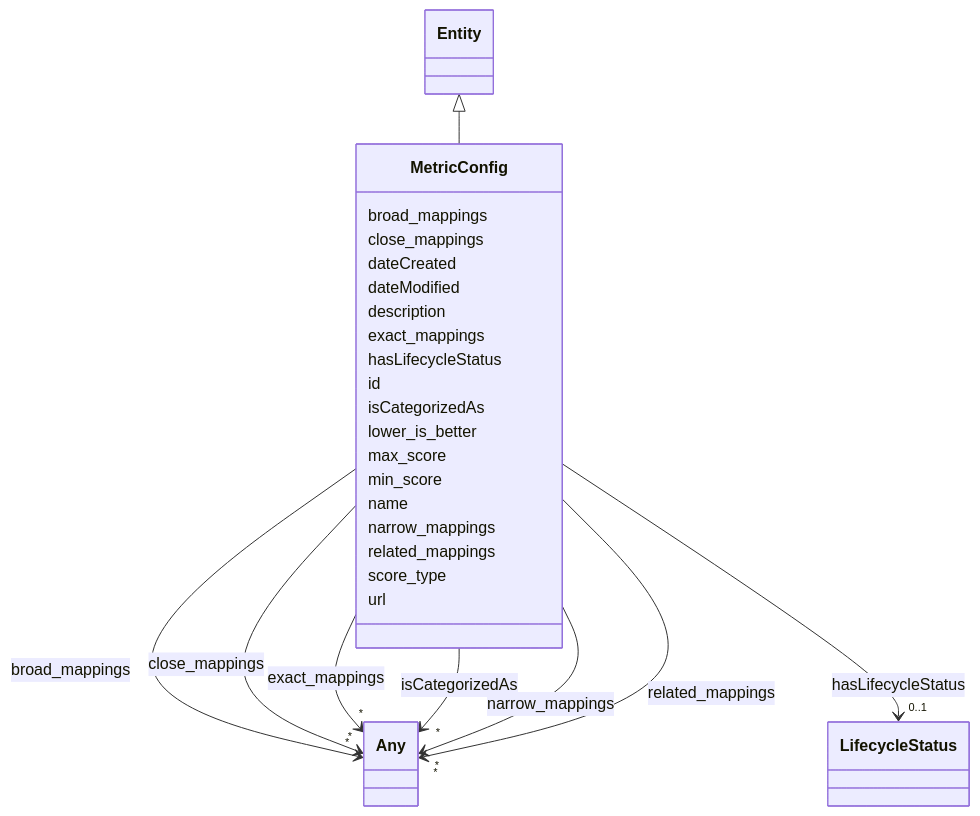
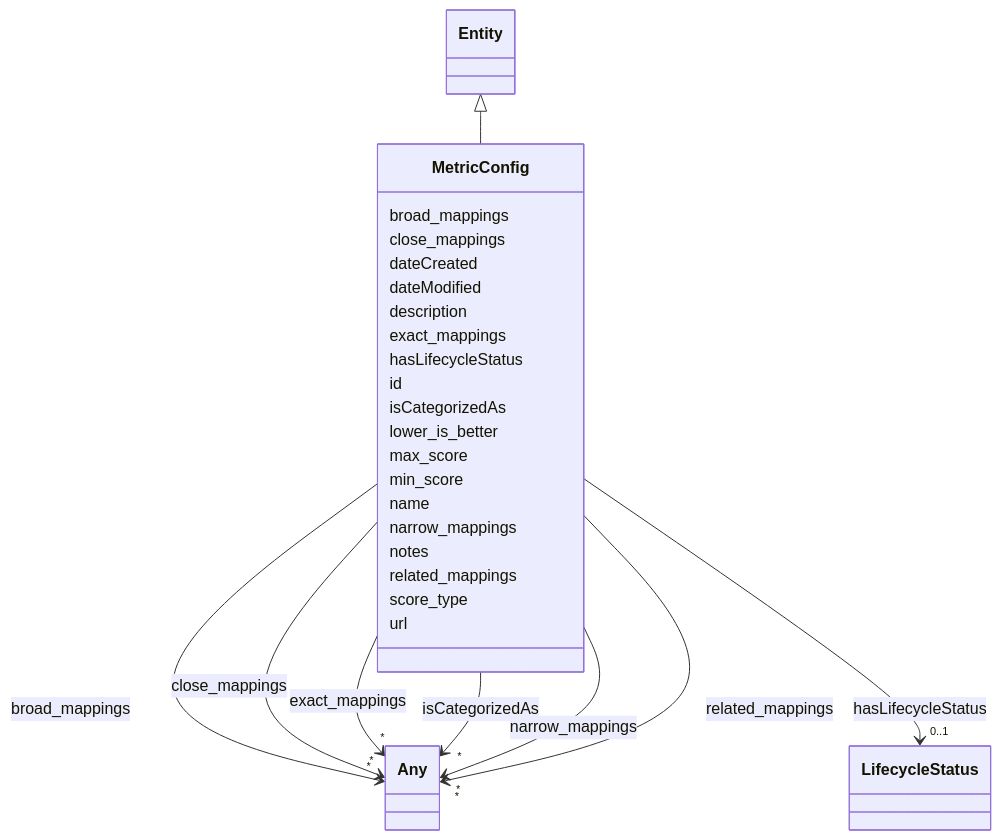
Before and after one commit to ingelise/risk-atlas-nexus: the diagram in docs/ontology/MetricConfig.md, drawn with Mermaid. The commit also changed other lines of this file and 318 other files, not shown here.

```diff
--- a/docs/ontology/MetricConfig.md
+++ b/docs/ontology/MetricConfig.md
@@ -100,6 +100,8 @@
 
 
 
+      MetricConfig : notes
+
       MetricConfig : related_mappings
 
 
```
